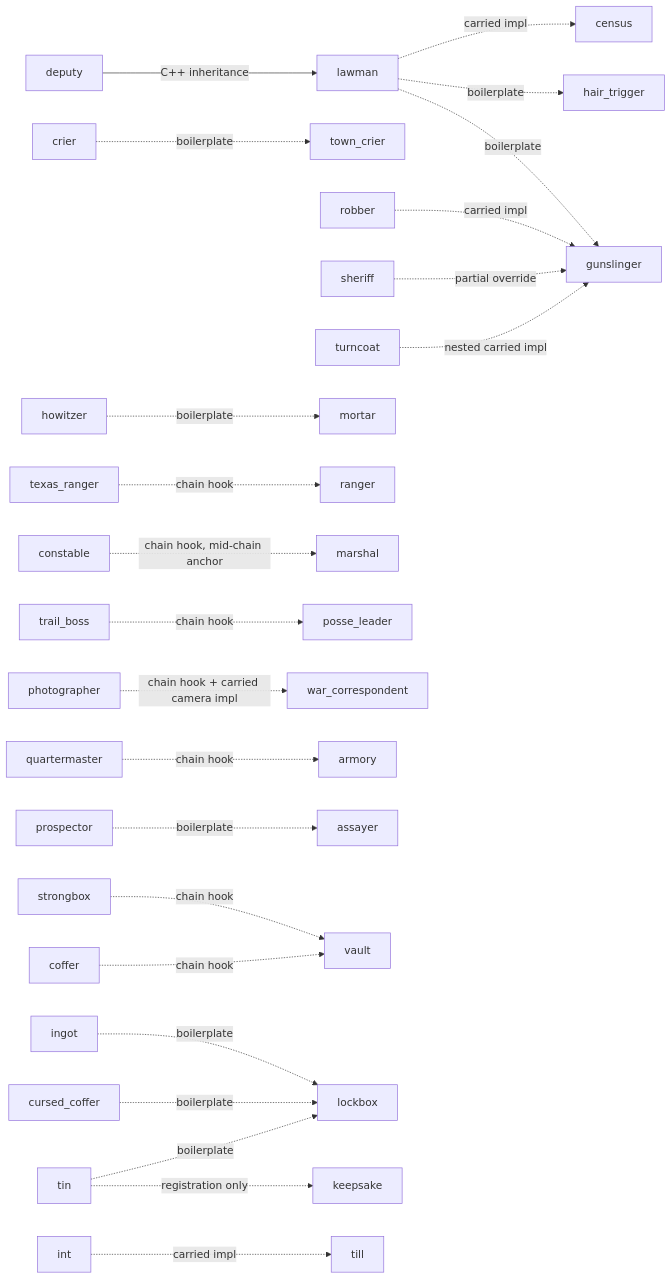
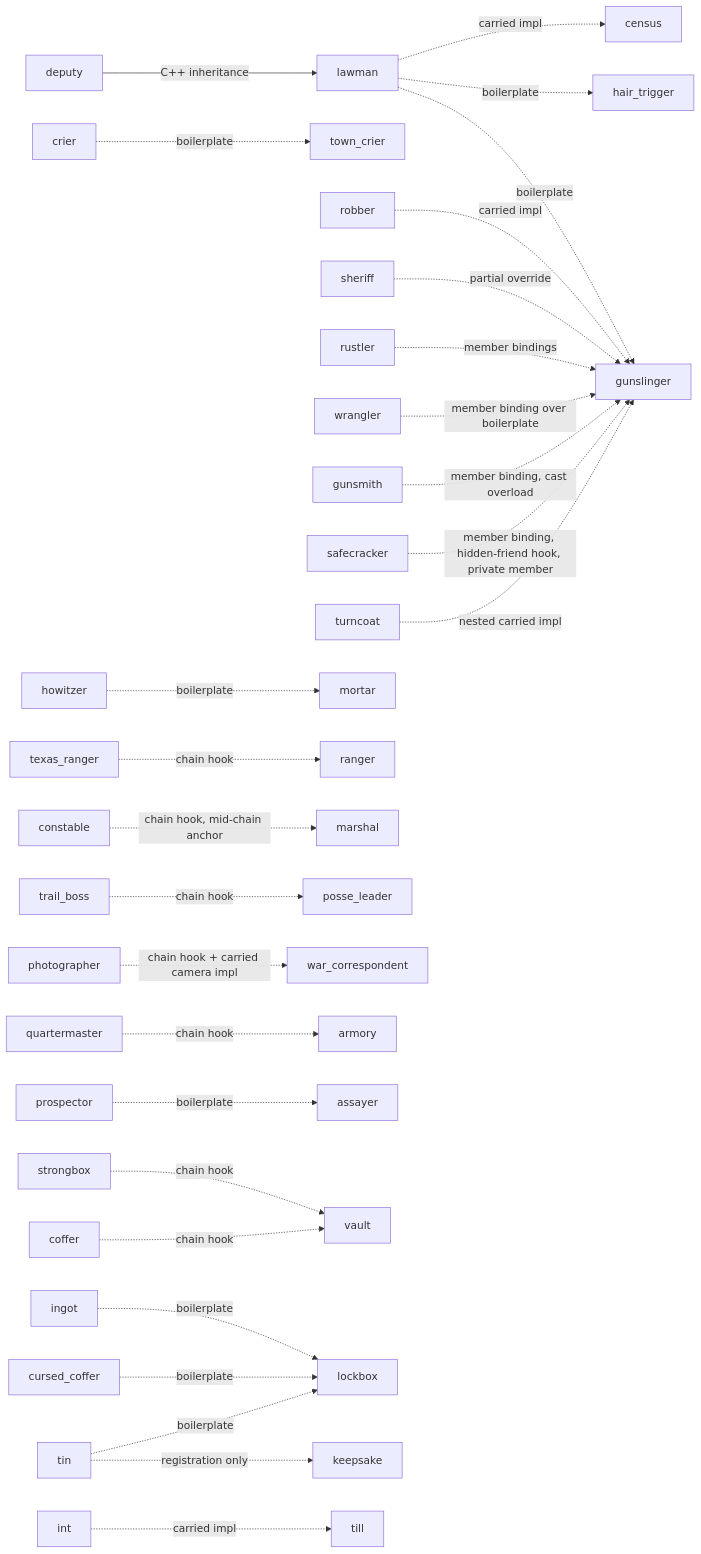
Before and after one commit to stevensudit/Corvid: the eighth of 8 diagrams in corvid/meta/invoke/proxy.md, drawn with Mermaid. The commit also changed other lines of this file and 14 other files, not shown here.

Commit message:
Meta future items: proxy consolidations, conditional_const_t, constrained FunctionT hook, and member-pointer bindings (#106)

````diff
--- a/corvid/meta/invoke/proxy.md
+++ b/corvid/meta/invoke/proxy.md
@@ -1983,24 +2085,28 @@
 ```mermaid
 flowchart LR
     lawman -.->|boilerplate| gunslinger & hair_trigger
     lawman -.->|carried impl| census
     crier -.->|boilerplate| town_crier
     deputy -->|C++ inheritance| lawman
     robber -.->|carried impl| gunslinger
     sheriff -.->|partial override| gunslinger
+    rustler -.->|member bindings| gunslinger
+    wrangler -.->|member binding over boilerplate| gunslinger
+    gunsmith -.->|member binding, cast overload| gunslinger
+    safecracker -.->|member binding, hidden-friend hook, private member| gunslinger
     turncoat -.->|nested carried impl| gunslinger
     howitzer -.->|boilerplate| mortar
     texas_ranger -.->|chain hook| ranger
     constable -.->|"chain hook, mid-chain anchor"| marshal
     trail_boss -.->|chain hook| posse_leader
     photographer -.->|"chain hook + carried camera impl"| war_correspondent
     quartermaster -.->|chain hook| armory
     prospector -.->|boilerplate| assayer
     strongbox -.->|chain hook| vault
     coffer -.->|chain hook| vault
     ingot -.->|boilerplate| lockbox
     cursed_coffer -.->|boilerplate| lockbox
     tin -.->|boilerplate| lockbox
     tin -.->|registration only| keepsake
     int -.->|carried impl| till
 ```
````
